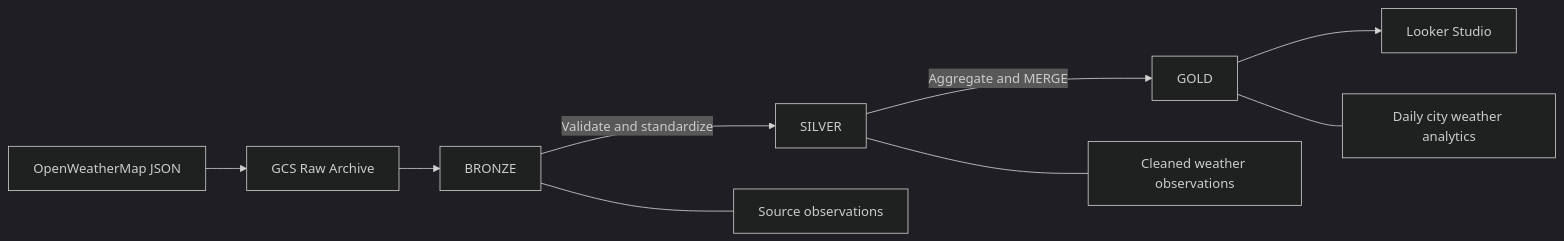
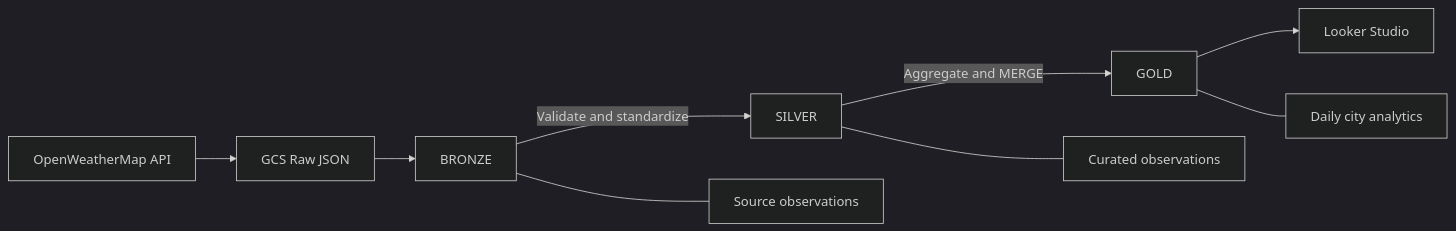
Before and after one commit to cloudwithpavan/AtmosData: the third of 7 diagrams in README.md, drawn with Mermaid (dark theme). The commit also changed other lines of this file, not shown here.

````diff
--- a/README.md
+++ b/README.md
@@ -215,12 +307,12 @@
 ```mermaid
 flowchart LR
-    A["OpenWeatherMap JSON"] --> B["GCS Raw Archive"]
+    A["OpenWeatherMap API"] --> B["GCS Raw JSON"]
     B --> C["BRONZE"]
     C -->|"Validate and standardize"| D["SILVER"]
     D -->|"Aggregate and MERGE"| E["GOLD"]
     E --> F["Looker Studio"]
 
     C --- C1["Source observations"]
-    D --- D1["Cleaned weather observations"]
-    E --- E1["Daily city weather analytics"]
+    D --- D1["Curated observations"]
+    E --- E1["Daily city analytics"]
 ```
````
